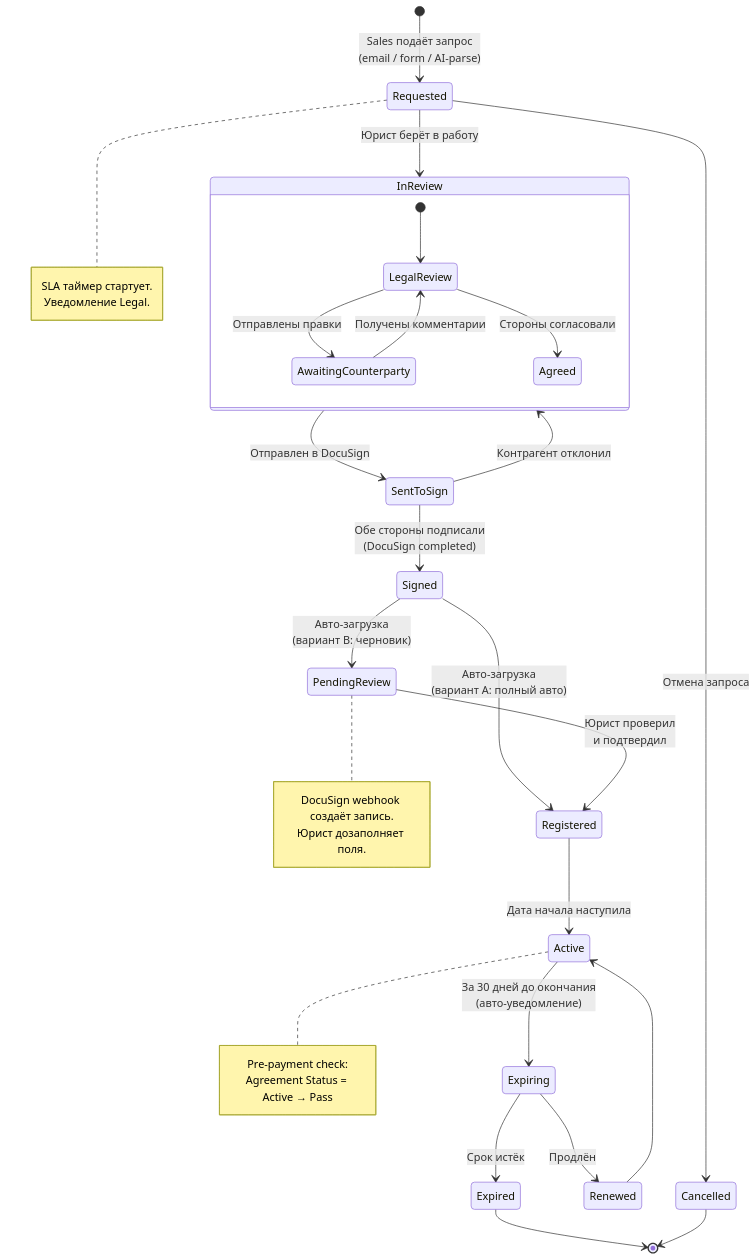
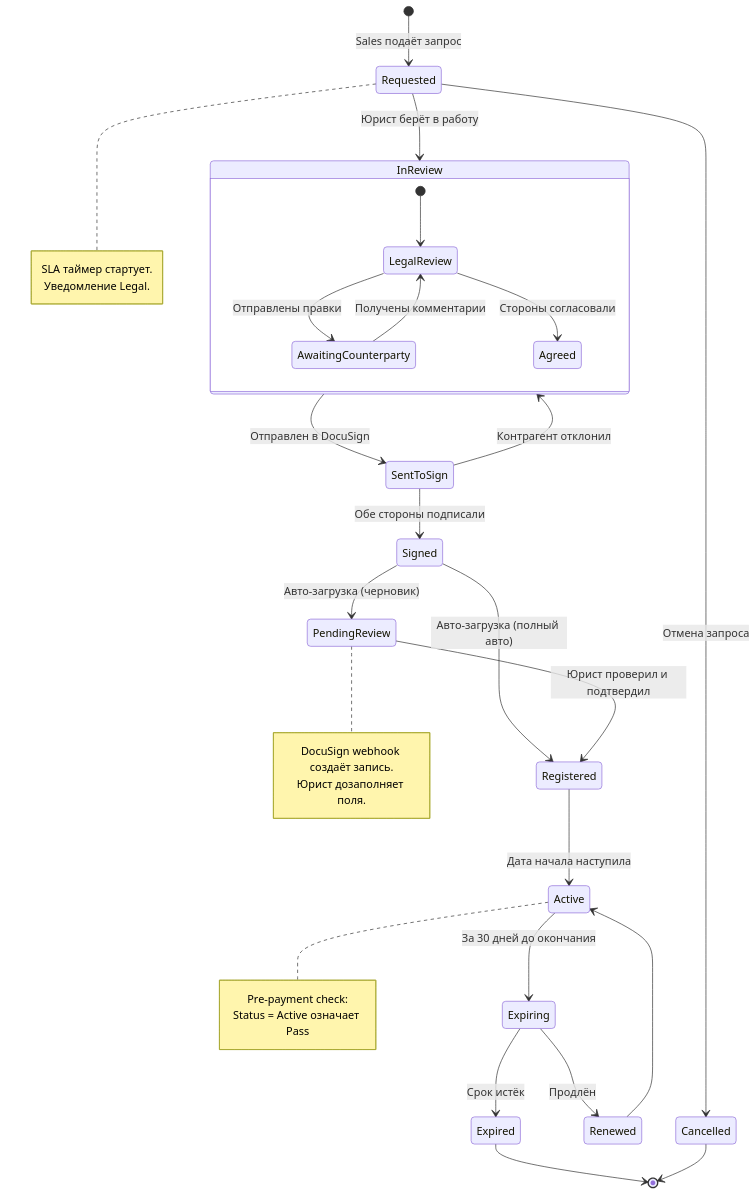
One commit to myazykov/vacancy_Test changed the first of 3 diagrams in diagrams_state.md. Above: the diagram before and after it, drawn with Mermaid. The commit also changed other lines of this file, not shown here.

Commit message:
Refactor mermaid diagrams for clarity and consistency

````diff
--- a/diagrams_state.md
+++ b/diagrams_state.md
@@ -5,48 +5,48 @@
 ```mermaid
 stateDiagram-v2
-    [*] --> Requested: Sales подаёт запрос<br/>(email / form / AI-parse)
+    [*] --> Requested: Sales подаёт запрос
 
     Requested --> InReview: Юрист берёт в работу
     Requested --> Cancelled: Отмена запроса
 
     state InReview {
         [*] --> LegalReview
         LegalReview --> AwaitingCounterparty: Отправлены правки
         AwaitingCounterparty --> LegalReview: Получены комментарии
         LegalReview --> Agreed: Стороны согласовали
     }
 
     InReview --> SentToSign: Отправлен в DocuSign
 
-    SentToSign --> Signed: Обе стороны подписали<br/>(DocuSign completed)
+    SentToSign --> Signed: Обе стороны подписали
     SentToSign --> InReview: Контрагент отклонил
 
-    Signed --> PendingReview: Авто-загрузка<br/>(вариант B: черновик)
-    Signed --> Registered: Авто-загрузка<br/>(вариант A: полный авто)
+    Signed --> PendingReview: Авто-загрузка (черновик)
+    Signed --> Registered: Авто-загрузка (полный авто)
 
-    PendingReview --> Registered: Юрист проверил<br/>и подтвердил
+    PendingReview --> Registered: Юрист проверил и подтвердил
 
     Registered --> Active: Дата начала наступила
-    Active --> Expiring: За 30 дней до окончания<br/>(авто-уведомление)
+    Active --> Expiring: За 30 дней до окончания
     Expiring --> Renewed: Продлён
     Expiring --> Expired: Срок истёк
 
     Renewed --> Active
     Expired --> [*]
     Cancelled --> [*]
 
     note right of Requested
         SLA таймер стартует.
         Уведомление Legal.
     end note
 
     note right of PendingReview
         DocuSign webhook создаёт запись.
         Юрист дозаполняет поля.
     end note
 
     note right of Active
         Pre-payment check:
-        Agreement Status = Active → Pass
+        Status = Active означает Pass
     end note
 ```
````
